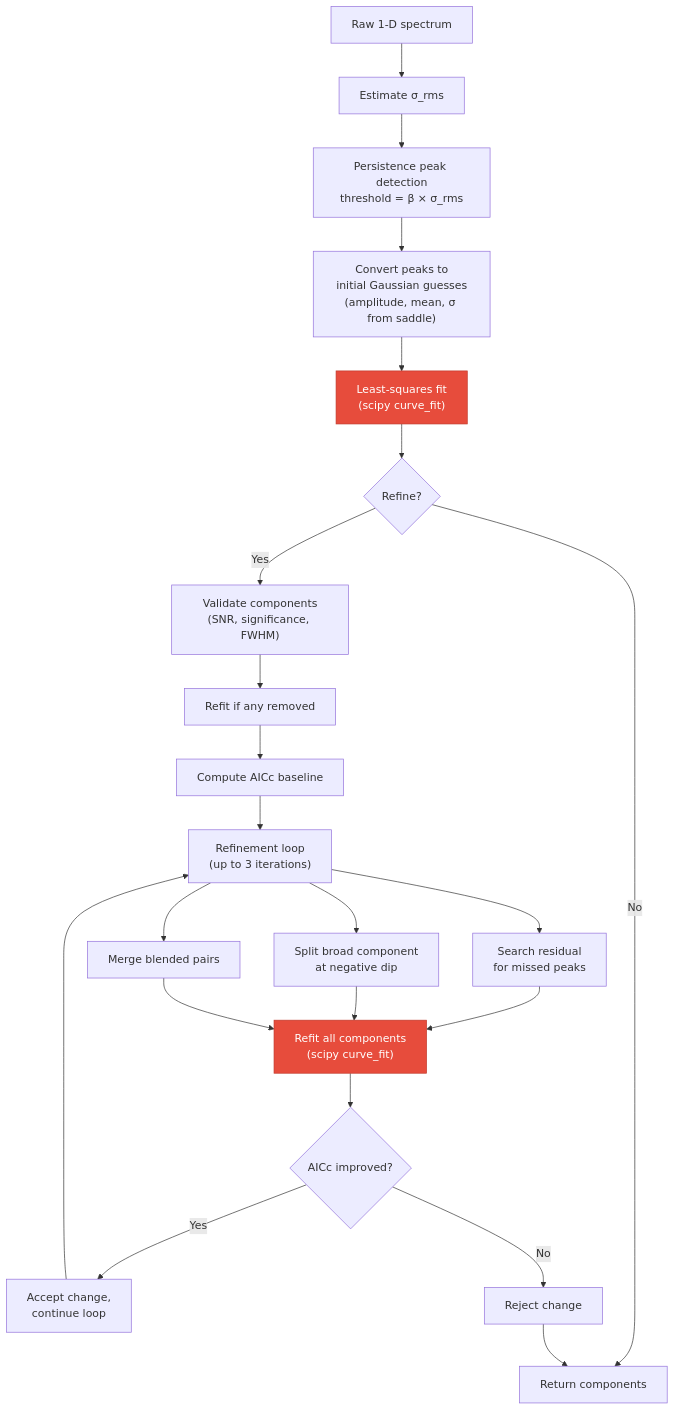
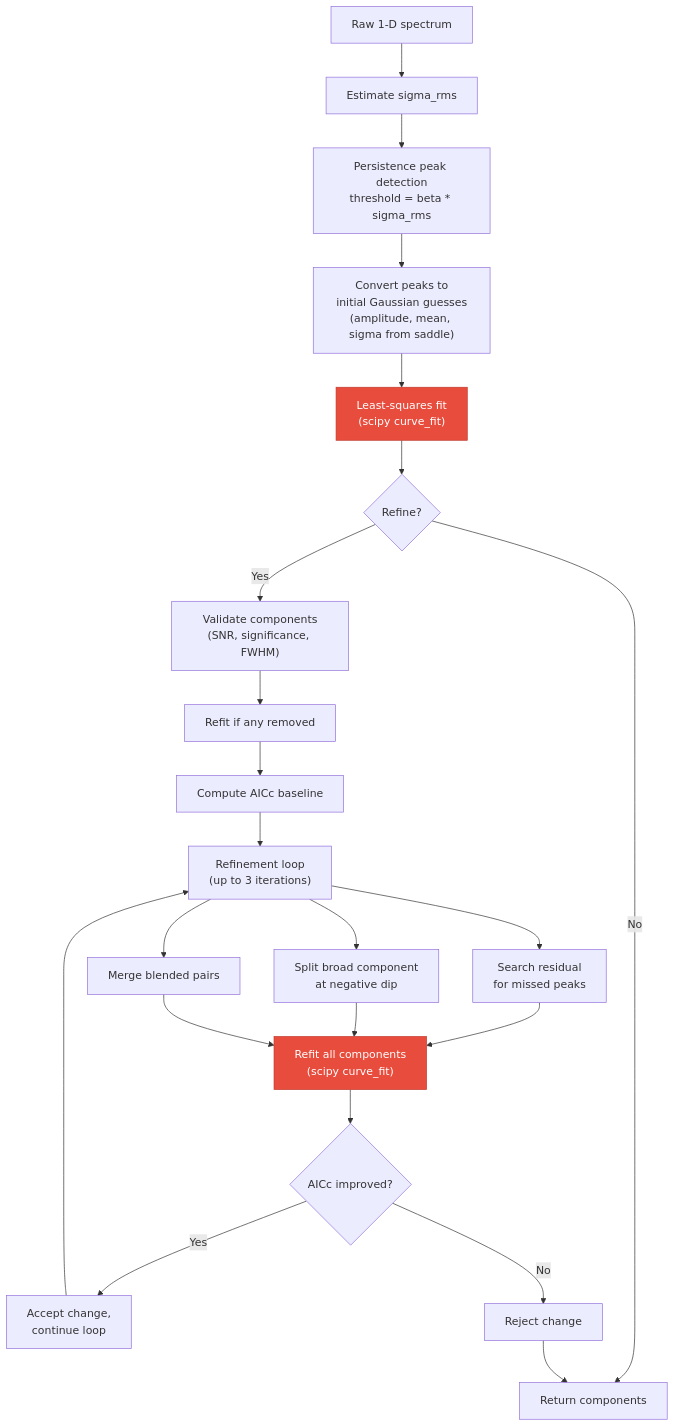
The diagram in packages/docs/docs/idea-and-plan/persistent-homology-primer.md (caverac/phspectra), drawn with Mermaid before and after one commit. The commit also changed other lines of this file and 25 other files, not shown here.

````diff
--- a/packages/docs/docs/idea-and-plan/persistent-homology-primer.md
+++ b/packages/docs/docs/idea-and-plan/persistent-homology-primer.md
@@ -122,25 +122,25 @@
 ```mermaid
 flowchart TD
-    A["Raw 1-D spectrum"] --> B["Estimate σ_rms"]
-    B --> C["Persistence peak detection<br/>threshold = β × σ_rms"]
-    C --> D["Convert peaks to<br/>initial Gaussian guesses<br/>(amplitude, mean, σ from saddle)"]
+    A["Raw 1-D spectrum"] --> B["Estimate sigma_rms"]
+    B --> C["Persistence peak detection<br/>threshold = beta * sigma_rms"]
+    C --> D["Convert peaks to<br/>initial Gaussian guesses<br/>(amplitude, mean, sigma from saddle)"]
     D --> E["Least-squares fit<br/>(scipy curve_fit)"]
     E --> F{"Refine?"}
     F -- No --> G["Return components"]
     F -- Yes --> H["Validate components<br/>(SNR, significance, FWHM)"]
     H --> I["Refit if any removed"]
     I --> J["Compute AICc baseline"]
     J --> K["Refinement loop<br/>(up to 3 iterations)"]
     K --> L["Search residual<br/>for missed peaks"]
     K --> M["Split broad component<br/>at negative dip"]
     K --> N["Merge blended pairs"]
     L & M & N --> R["Refit all components<br/>(scipy curve_fit)"]
     R --> Q{"AICc improved?"}
     Q -- Yes --> O["Accept change,<br/>continue loop"]
     Q -- No --> P["Reject change"]
     O --> K
     P --> G
 
     style E fill:#e74c3c,color:#fff,stroke:#c0392b
     style R fill:#e74c3c,color:#fff,stroke:#c0392b
 ```
````
